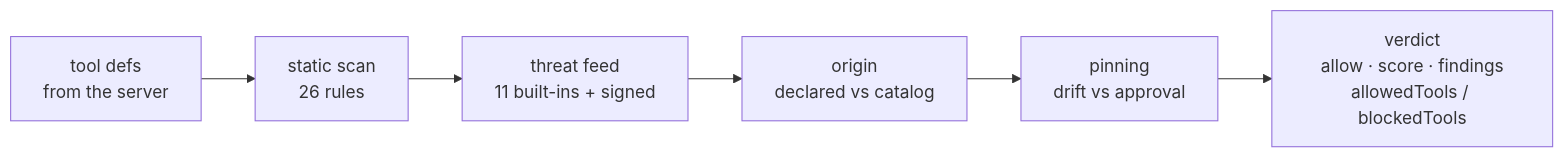
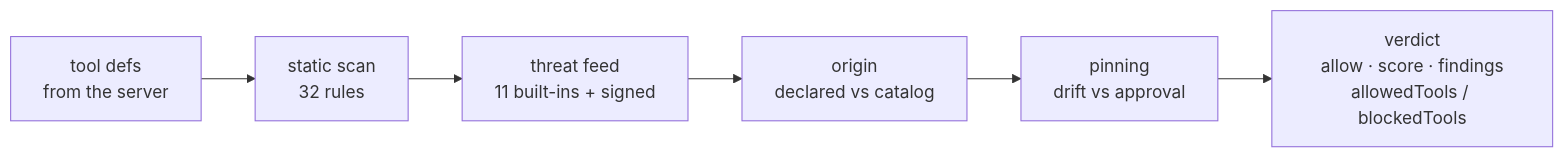
Before and after one commit to alexar76/warden: the diagram in README.md, drawn with Mermaid. The commit also changed other lines of this file and 68 other files, not shown here.

````diff
--- a/README.md
+++ b/README.md
@@ -197,8 +205,8 @@
 ```mermaid
 flowchart LR
-  T["tool defs<br/>from the server"] --> S["static scan<br/>26 rules"]
+  T["tool defs<br/>from the server"] --> S["static scan<br/>32 rules"]
   S --> F["threat feed<br/>11 built-ins + signed"]
   F --> O["origin<br/>declared vs catalog"]
   O --> P["pinning<br/>drift vs approval"]
   P --> V["verdict<br/>allow · score · findings<br/>allowedTools / blockedTools"]
 ```
````
